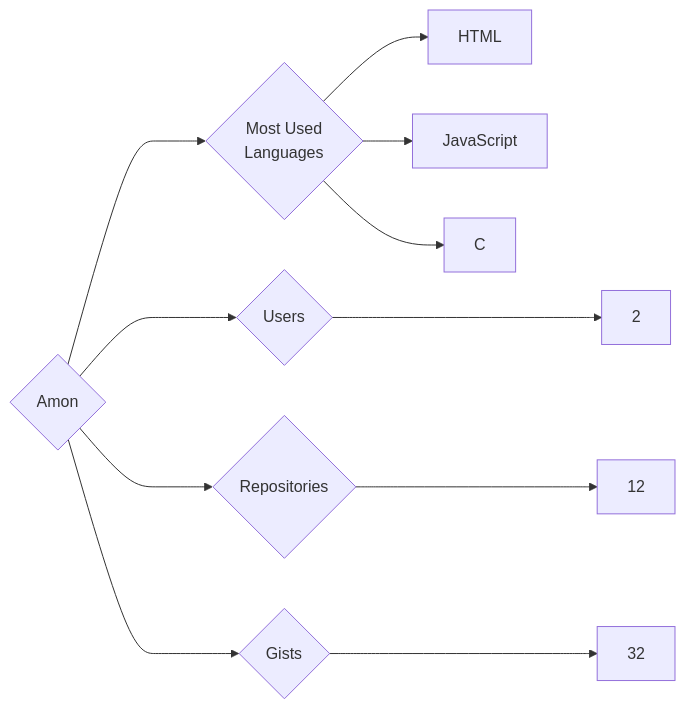
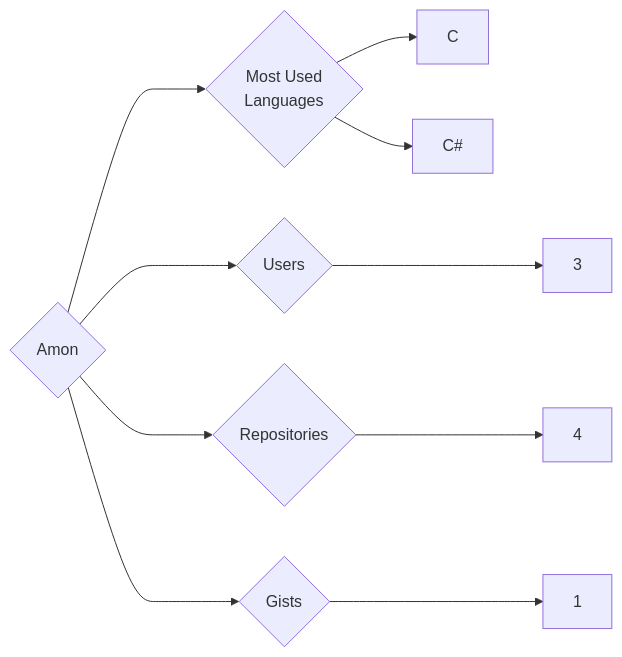
One commit to trickest/insiders changed the diagram in targets/Amon/README.md. Above: the diagram before and after it, drawn with Mermaid. The commit also changed 640 other files, not shown here.

````diff
--- a/targets/Amon/README.md
+++ b/targets/Amon/README.md
@@ -3,11 +3,10 @@
 ```mermaid
 graph LR
 COMPANY_NAME{Amon}
-COMPANY_NAME ---> U{Users} ---> UN[2]
-COMPANY_NAME ---> R{Repositories} ---> RN[12]
-COMPANY_NAME ---> G{Gists} ---> GN[32]
+COMPANY_NAME ---> U{Users} ---> UN[3]
+COMPANY_NAME ---> R{Repositories} ---> RN[4]
+COMPANY_NAME ---> G{Gists} ---> GN[1]
 COMPANY_NAME ---> ML{Most Used<br>Languages}
-ML --> HTML[HTML]
-ML --> JavaScript[JavaScript]
 ML --> C[C]
+ML --> C#[C#]
 ```
````
